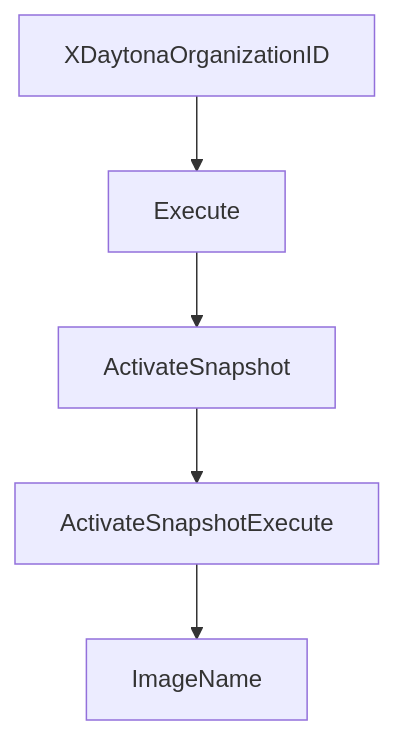
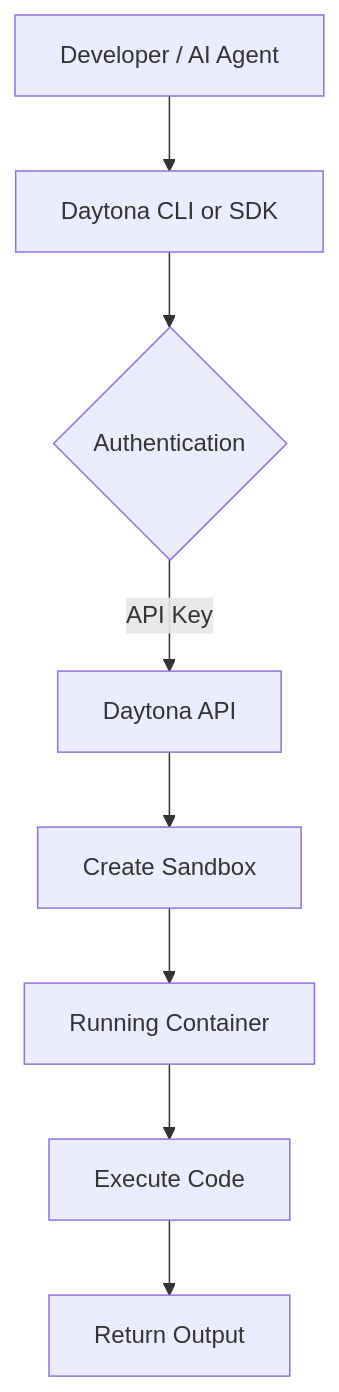
The diagram in tutorials/daytona-tutorial/01-getting-started.md (johnxie/awesome-code-docs), drawn with Mermaid before and after one commit. The commit also changed other lines of this file and 1232 other files, not shown here.

````diff
--- a/tutorials/daytona-tutorial/01-getting-started.md
+++ b/tutorials/daytona-tutorial/01-getting-started.md
@@ -215,12 +46,10 @@
 ```mermaid
 flowchart TD
-    A[XDaytonaOrganizationID]
-    B[Execute]
-    C[ActivateSnapshot]
-    D[ActivateSnapshotExecute]
-    E[ImageName]
-    A --> B
-    B --> C
-    C --> D
-    D --> E
+    A[Developer / AI Agent] --> B[Daytona CLI or SDK]
+    B --> C{Authentication}
+    C -->|API Key| D[Daytona API]
+    D --> E[Create Sandbox]
+    E --> F[Running Container]
+    F --> G[Execute Code]
+    G --> H[Return Output]
 ```
````
